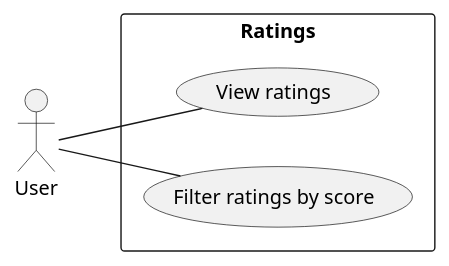
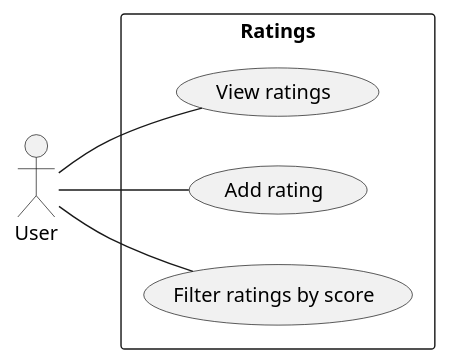
Before and after one commit to vfred0/unimart-requirements: the diagram in docs/1-requeriments/1-actors-use-cases/content-interaction/ratings.puml, drawn with PlantUML. The commit also changed 5 other files, not shown here.

```diff
--- a/docs/1-requeriments/1-actors-use-cases/content-interaction/ratings.puml
+++ b/docs/1-requeriments/1-actors-use-cases/content-interaction/ratings.puml
@@ -1,8 +1,9 @@
 @startuml ratings
 left to right direction
 actor User
     rectangle "Ratings" {        
         User -- (View ratings)
+        User -- (Add rating)
         User -- (Filter ratings by score)
     }
 @enduml
```
